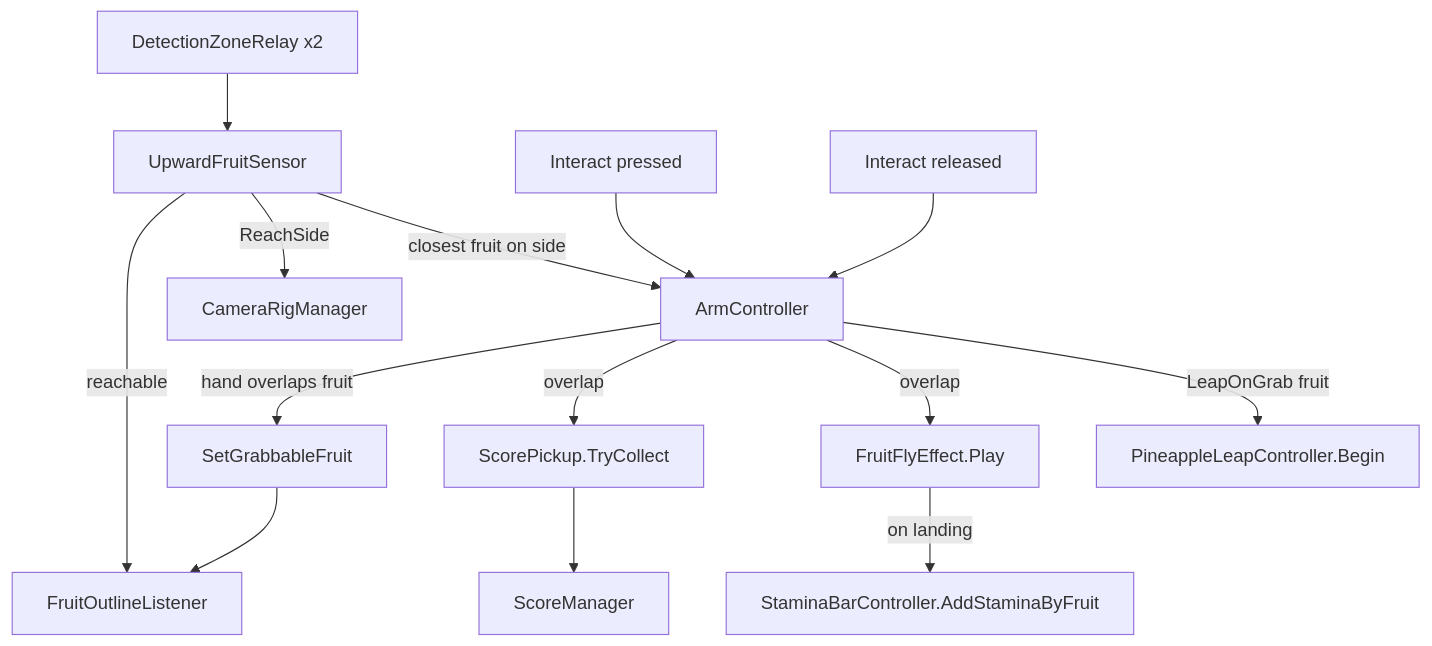
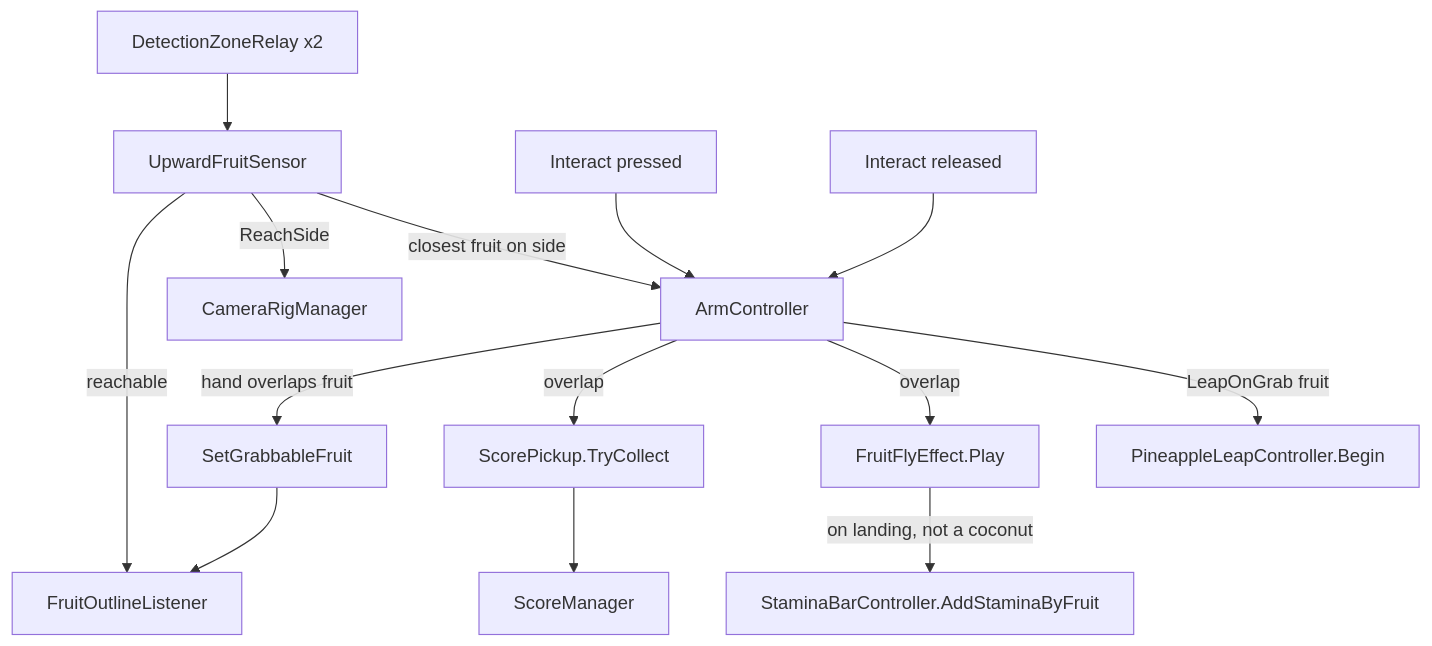
One commit to CSCI-526/Team4-Lu_Lu changed the diagram in docs/grab-doc.md. Above: the diagram before and after it, drawn with Mermaid. The commit also changed other lines of this file and 6 other files, not shown here.

````diff
--- a/docs/grab-doc.md
+++ b/docs/grab-doc.md
@@ -7,16 +7,16 @@
 ```mermaid
 graph TD
   Zones[DetectionZoneRelay x2] --> Fruit[UpwardFruitSensor]
   Fruit -->|reachable| Outline[FruitOutlineListener]
   Fruit -->|ReachSide| Cam[CameraRigManager]
   Press[Interact pressed] --> Arm[ArmController]
   Fruit -->|closest fruit on side| Arm
   Arm -->|hand overlaps fruit| Grabbable[SetGrabbableFruit]
   Grabbable --> Outline
   Release[Interact released] --> Arm
   Arm -->|overlap| Pickup[ScorePickup.TryCollect]
   Pickup --> Score[ScoreManager]
   Arm -->|overlap| Fly[FruitFlyEffect.Play]
-  Fly -->|on landing| Stamina[StaminaBarController.AddStaminaByFruit]
+  Fly -->|on landing, not a coconut| Stamina[StaminaBarController.AddStaminaByFruit]
   Arm -->|LeapOnGrab fruit| Leap[PineappleLeapController.Begin]
 ```
````
